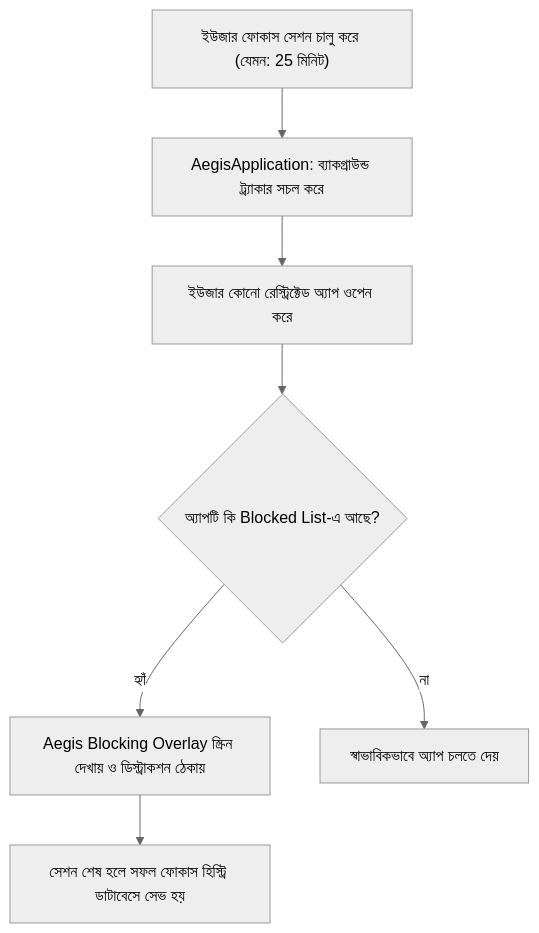
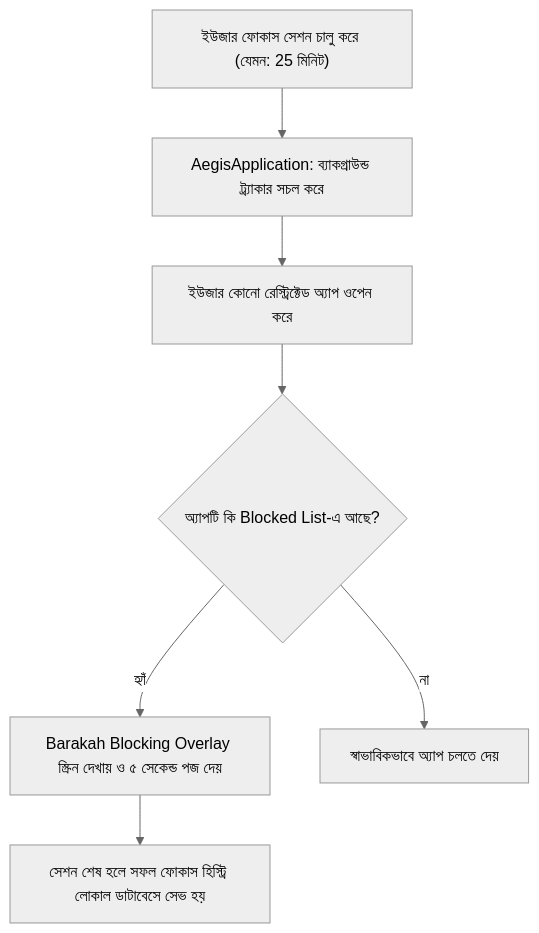
The diagram in CODE_GUIDE.md (khalidabdullahh/AegisFocus), drawn with Mermaid (neutral theme) before and after one commit. The commit also changed other lines of this file and 184 other files, not shown here.

````diff
--- a/CODE_GUIDE.md
+++ b/CODE_GUIDE.md
@@ -21,9 +22,9 @@
 ```mermaid
 graph TD
     A["ইউজার ফোকাস সেশন চালু করে (যেমন: 25 মিনিট)"] --> B["AegisApplication: ব্যাকগ্রাউন্ড ট্র্যাকার সচল করে"]
     B --> C["ইউজার কোনো রেস্ট্রিক্টেড অ্যাপ ওপেন করে"]
     C --> D{"অ্যাপটি কি Blocked List-এ আছে?"}
-    D -- হ্যাঁ --> E["Aegis Blocking Overlay স্ক্রিন দেখায় ও ডিস্ট্রাকশন ঠেকায়"]
+    D -- হ্যাঁ --> E["Barakah Blocking Overlay স্ক্রিন দেখায় ও ৫ সেকেন্ড পজ দেয়"]
     D -- না --> F["স্বাভাবিকভাবে অ্যাপ চলতে দেয়"]
-    E --> G["সেশন শেষ হলে সফল ফোকাস হিস্ট্রি ডাটাবেসে সেভ হয়"]
+    E --> G["সেশন শেষ হলে সফল ফোকাস হিস্ট্রি লোকাল ডাটাবেসে সেভ হয়"]
 ```
````
